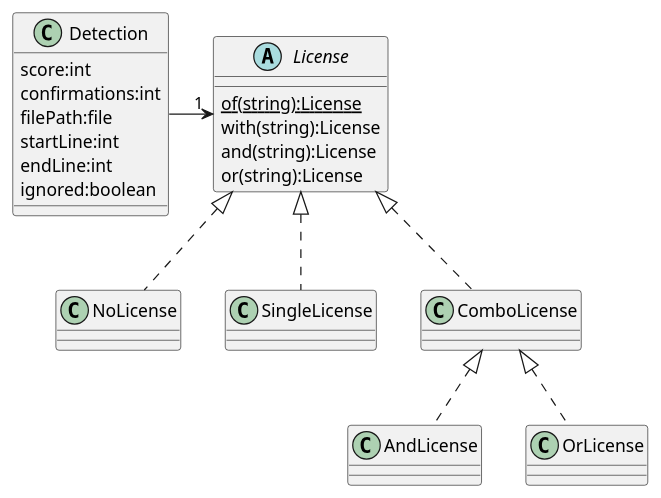
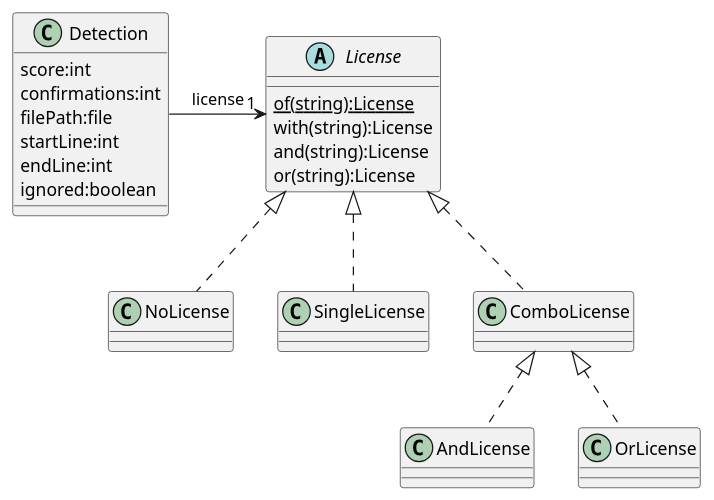
The diagram in src/main/java/com/philips/research/licensescanner/core/domain/license/licenses.puml (philips-software/license-scanner), drawn with PlantUML before and after one commit. The commit also changed 2 other files, not shown here.

Commit message:
Update architecture document

```diff
--- a/src/main/java/com/philips/research/licensescanner/core/domain/license/licenses.puml
+++ b/src/main/java/com/philips/research/licensescanner/core/domain/license/licenses.puml
@@ -1,31 +1,31 @@
 @startuml
 
 abstract class License {
     {static} of(string):License
     with(string):License
     and(string):License
     or(string):License
 }
 
 class NoLicense
 License <|.. NoLicense
 class SingleLicense
 License <|.. SingleLicense
 class ComboLicense
 License <|.. ComboLicense
 class AndLicense
 ComboLicense <|.. AndLicense
 class OrLicense
 ComboLicense <|.. OrLicense
 
 class Detection {
     score:int
     confirmations:int
     filePath:file
     startLine:int
     endLine:int
     ignored:boolean
 }
-Detection -> "1" License
+Detection -> "1" License:license
 
 @enduml
```
